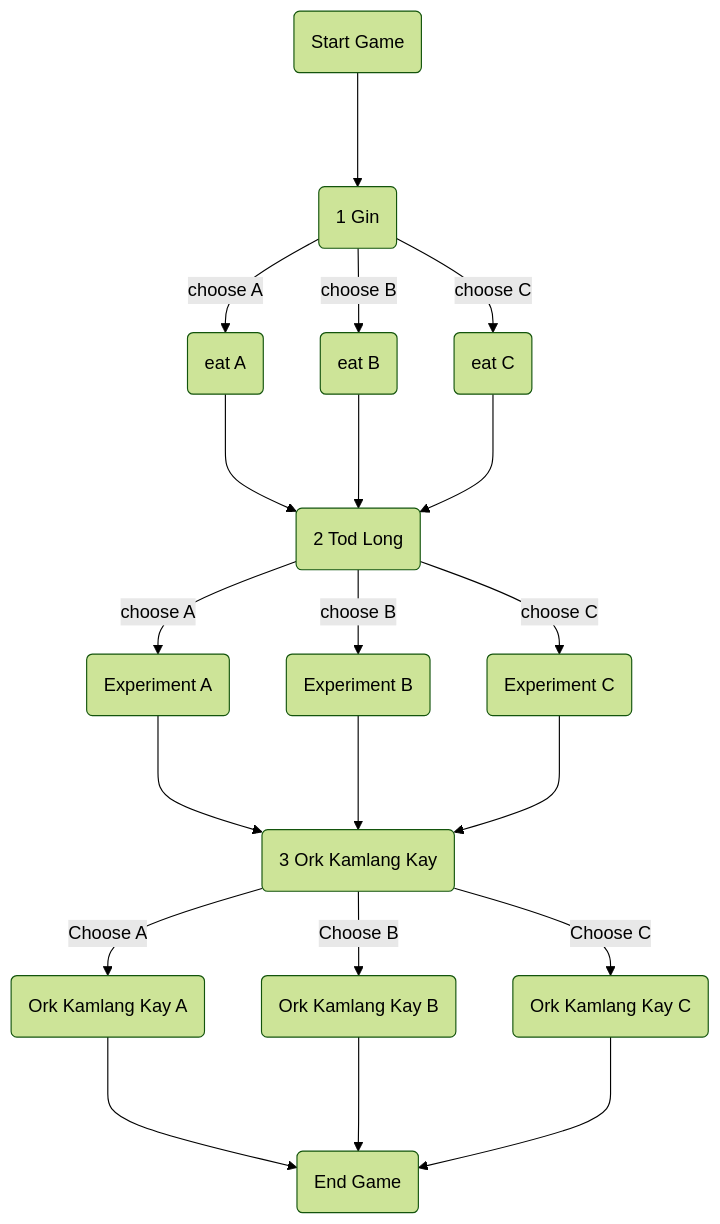
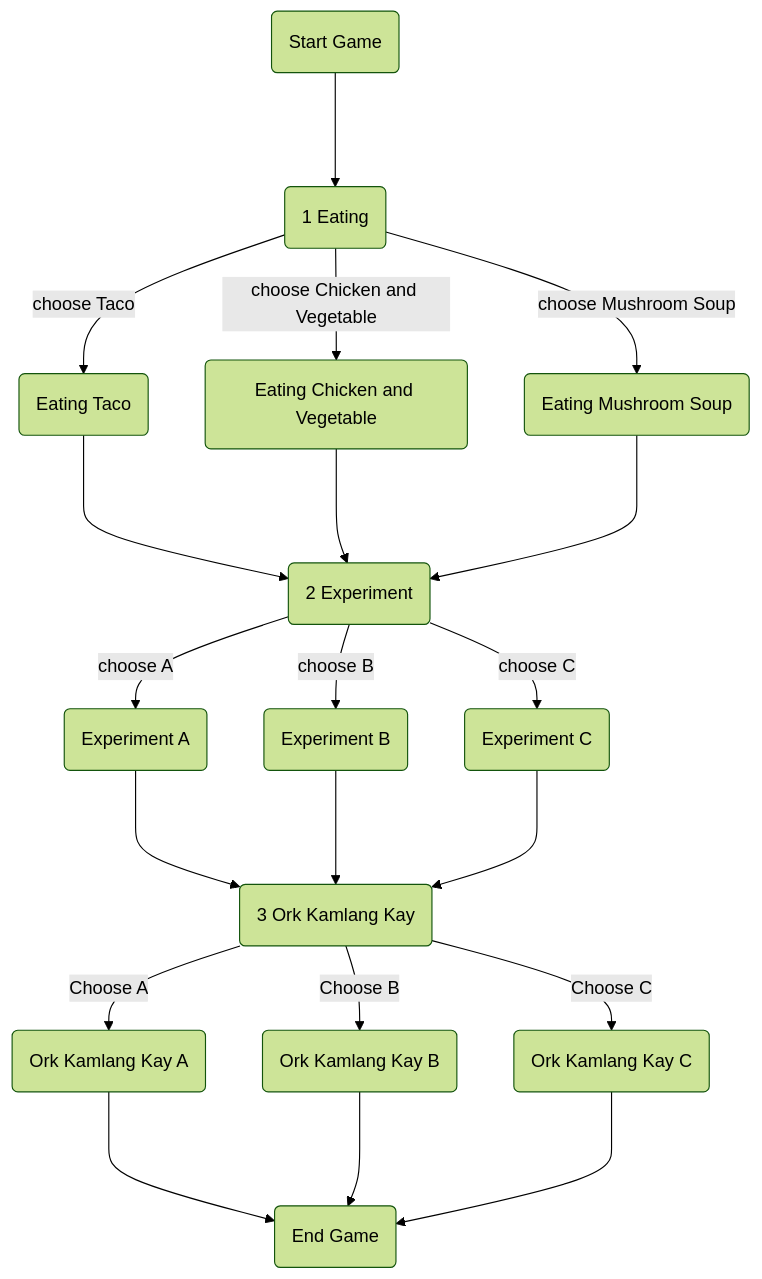
The diagram in README.md (SSProgamer/ISS-Project), drawn with Mermaid (forest theme) before and after one commit.

````diff
--- a/README.md
+++ b/README.md
@@ -40,25 +40,25 @@
 ``` mermaid
 flowchart TB
 endgame(End Game)
-startgame(Start Game) ---> gin(1 Gin)
-gin-- choose A --> gina(eat A)
-gin-- choose B --> ginb(eat B)
-gin-- choose C --> ginc(eat C)
-todlong(2 Tod Long)
+startgame(Start Game) ---> gin(1 Eating)
+gin-- choose Taco --> gina(Eating Taco)
+gin-- choose Chicken and Vegetable --> ginb(Eating Chicken and Vegetable)
+gin-- choose Mushroom Soup --> ginc(Eating Mushroom Soup)
+todlong(2 Experiment)
 gina ---> todlong
 ginb ---> todlong
 ginc ---> todlong
 todlong -- choose A --> toda(Experiment A)
 todlong -- choose B --> todb(Experiment B)
 todlong -- choose C --> todc(Experiment C)
 ork(3 Ork Kamlang Kay)
 toda ---> ork
 todb ---> ork
 todc ---> ork
 ork -- Choose A --> orka(Ork Kamlang Kay A)
 ork -- Choose B --> orkb(Ork Kamlang Kay B)
 ork -- Choose C --> orkc(Ork Kamlang Kay C)
 orka ---> endgame
 orkb ---> endgame
 orkc ---> endgame
 ```
````
